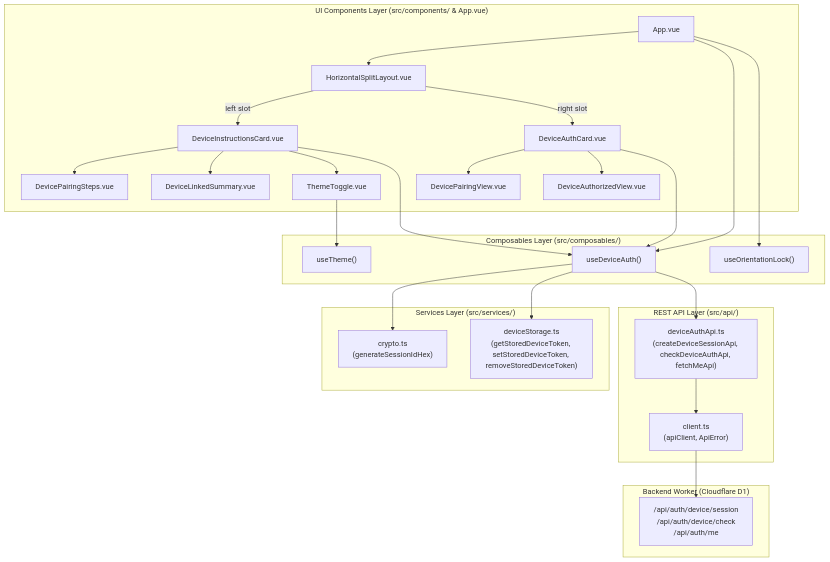
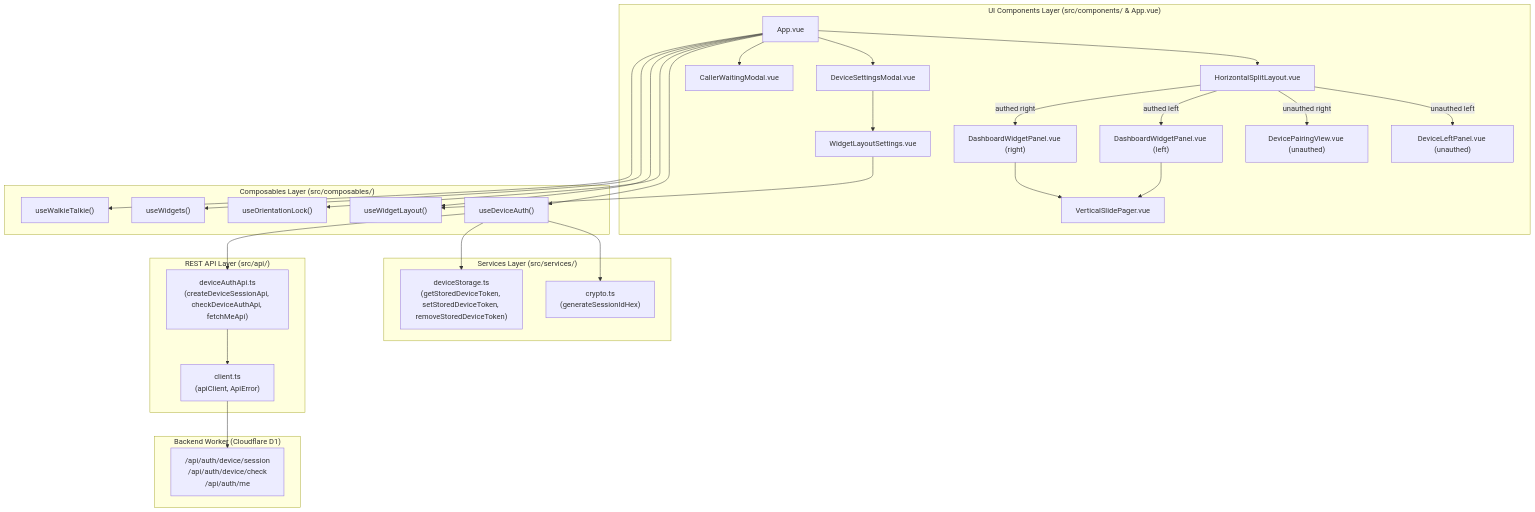
One commit to solvePao/dashboard changed the first of 2 diagrams in mobile/architecture.md. Above: the diagram before and after it, drawn with Mermaid. The commit also changed other lines of this file and 19 other files, not shown here.

````diff
--- a/mobile/architecture.md
+++ b/mobile/architecture.md
@@ -91,57 +94,63 @@
 ```mermaid
 flowchart TD
     subgraph UIComponents["UI Components Layer (src/components/ & App.vue)"]
         App["App.vue"]
         SplitLayout["HorizontalSplitLayout.vue"]
-        InstrCard["DeviceInstructionsCard.vue"]
-        AuthCard["DeviceAuthCard.vue"]
-        Steps["DevicePairingSteps.vue"]
-        Summary["DeviceLinkedSummary.vue"]
-        PairView["DevicePairingView.vue"]
-        AuthView["DeviceAuthorizedView.vue"]
-        TToggle["ThemeToggle.vue"]
+        LeftPairing["DeviceLeftPanel.vue (unauthed)"]
+        RightPairing["DevicePairingView.vue (unauthed)"]
+        WidgetPanelLeft["DashboardWidgetPanel.vue (left)"]
+        WidgetPanelRight["DashboardWidgetPanel.vue (right)"]
+        SettingsModal["DeviceSettingsModal.vue"]
+        LayoutSettings["WidgetLayoutSettings.vue"]
+        Pager["VerticalSlidePager.vue"]
+        WaitModal["CallerWaitingModal.vue"]
     end
 
     App --> SplitLayout
-    SplitLayout -->|left slot| InstrCard
-    SplitLayout -->|right slot| AuthCard
-    InstrCard --> Steps
-    InstrCard --> Summary
-    InstrCard --> TToggle
-    AuthCard --> PairView
-    AuthCard --> AuthView
+    SplitLayout -->|unauthed left| LeftPairing
+    SplitLayout -->|unauthed right| RightPairing
+    SplitLayout -->|authed left| WidgetPanelLeft
+    SplitLayout -->|authed right| WidgetPanelRight
+    WidgetPanelLeft --> Pager
+    WidgetPanelRight --> Pager
+    App --> SettingsModal
+    SettingsModal --> LayoutSettings
+    App --> WaitModal
 
     subgraph ComposablesLayer["Composables Layer (src/composables/)"]
         useDeviceAuth["useDeviceAuth()"]
         useOrientationLock["useOrientationLock()"]
-        useTheme["useTheme()"]
+        useWidgetLayout["useWidgetLayout()"]
+        useWidgets["useWidgets()"]
+        useWalkieTalkie["useWalkieTalkie()"]
     end
 
     App --> useDeviceAuth
     App --> useOrientationLock
-    InstrCard --> useDeviceAuth
-    AuthCard --> useDeviceAuth
-    TToggle --> useTheme
+    App --> useWidgetLayout
+    App --> useWidgets
+    App --> useWalkieTalkie
+    LayoutSettings --> useWidgetLayout
 
     subgraph ServicesLayer["Services Layer (src/services/)"]
         CryptoService["crypto.ts\n(generateSessionIdHex)"]
         DeviceStorage["deviceStorage.ts\n(getStoredDeviceToken, setStoredDeviceToken, removeStoredDeviceToken)"]
     end
 
     subgraph APILayer["REST API Layer (src/api/)"]
         DeviceAuthAPI["deviceAuthApi.ts\n(createDeviceSessionApi, checkDeviceAuthApi, fetchMeApi)"]
         Client["client.ts\n(apiClient, ApiError)"]
     end
 
     useDeviceAuth --> CryptoService
     useDeviceAuth --> DeviceStorage
     useDeviceAuth --> DeviceAuthAPI
 
     DeviceAuthAPI --> Client
 
     subgraph Backend["Backend Worker (Cloudflare D1)"]
         Worker["/api/auth/device/session\n/api/auth/device/check\n/api/auth/me"]
     end
 
     Client --> Worker
 ```
````
